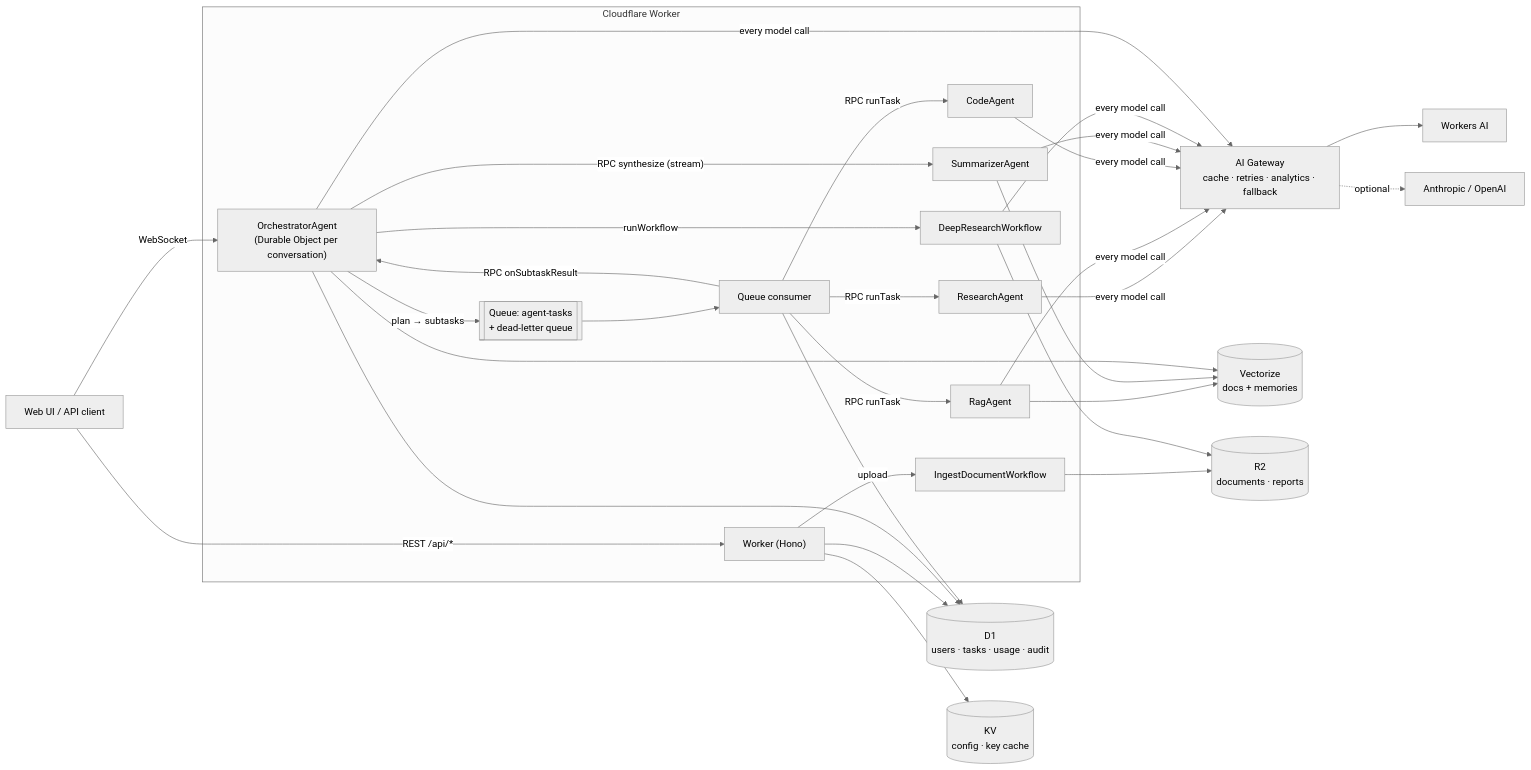
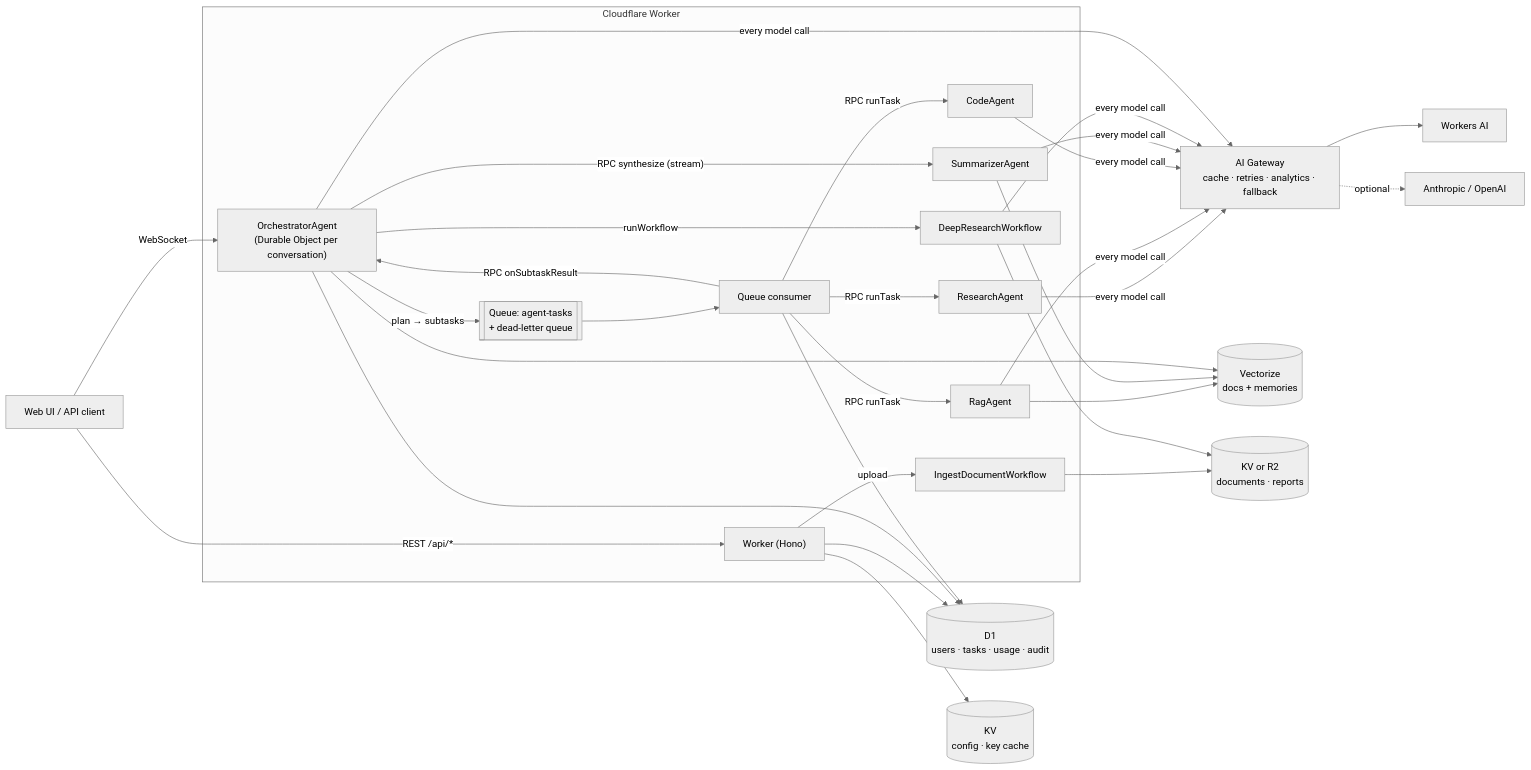
One commit to hamadhk7/EdgeMind changed the diagram in README.md. Above: the diagram before and after it, drawn with Mermaid (neutral theme). The commit also changed other lines of this file and 11 other files, not shown here.

````diff
--- a/README.md
+++ b/README.md
@@ -26,34 +28,34 @@
 ```mermaid
 flowchart LR
     UI["Web UI / API client"] -- "WebSocket" --> O
     UI -- "REST /api/*" --> W["Worker (Hono)"]
 
     subgraph Edge["Cloudflare Worker"]
       W
       O["OrchestratorAgent<br/>(Durable Object per conversation)"]
       Q[["Queue: agent-tasks<br/>+ dead-letter queue"]]
       C["Queue consumer"]
       R["ResearchAgent"]
       G["RagAgent"]
       K["CodeAgent"]
       S["SummarizerAgent"]
       DR["DeepResearchWorkflow"]
       IN["IngestDocumentWorkflow"]
     end
 
     O -- "plan → subtasks" --> Q --> C
     C -- "RPC runTask" --> R & G & K
     C -- "RPC onSubtaskResult" --> O
     O -- "RPC synthesize (stream)" --> S
     O -- "runWorkflow" --> DR
     W -- "upload" --> IN
 
     R & G & K & S & DR & O -- "every model call" --> AIG["AI Gateway<br/>cache · retries · analytics · fallback"]
     AIG --> WAI["Workers AI"]
     AIG -.optional.-> EXT["Anthropic / OpenAI"]
 
     G & S & O --> V[("Vectorize<br/>docs + memories")]
     W & O & C --> D1[("D1<br/>users · tasks · usage · audit")]
-    IN & DR --> R2[("R2<br/>documents · reports")]
+    IN & DR --> R2[("KV or R2<br/>documents · reports")]
     W --> KV[("KV<br/>config · key cache")]
 ```
````
